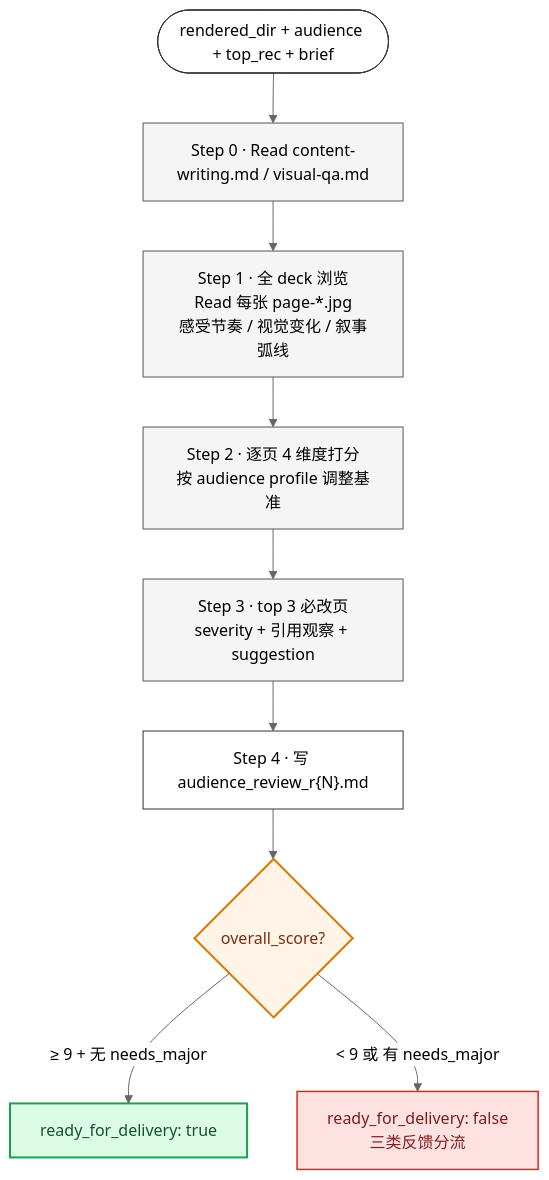
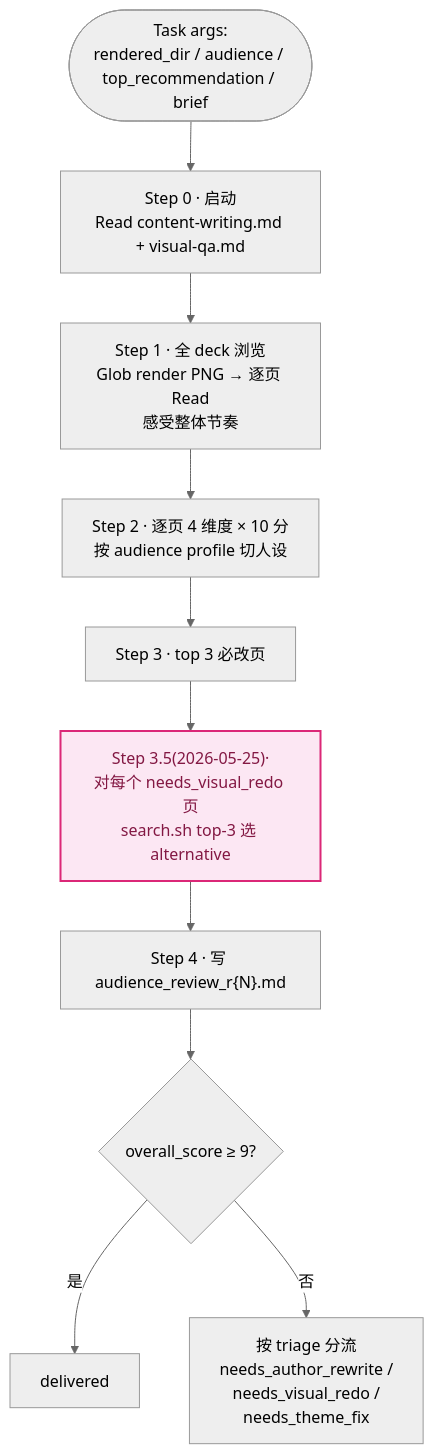
The tenth of 11 diagrams in docs/agent-internals.zh.md (rogerluo2016ROL/iLovePPT), drawn with Mermaid (neutral theme) before and after one commit. The commit also changed other lines of this file, not shown here.

First line of the commit message:
docs(agent-internals): rewrite by capability axis (v2) + all flowcharts to mermaid

````diff
--- a/docs/agent-internals.zh.md
+++ b/docs/agent-internals.zh.md
@@ -346,24 +938,16 @@
 ```mermaid
 flowchart TB
-    I([rendered_dir + audience + top_rec + brief]) --> S0
-    S0["Step 0 · Read content-writing.md / visual-qa.md"] --> S1
-    S1["Step 1 · 全 deck 浏览<br/>Read 每张 page-*.jpg<br/>感受节奏 / 视觉变化 / 叙事弧线"] --> S2
-    S2["Step 2 · 逐页 4 维度打分<br/>按 audience profile 调整基准"] --> S3
-    S3["Step 3 · top 3 必改页<br/>severity + 引用观察 + suggestion"] --> S4
-    S4["Step 4 · 写 audience_review_r{N}.md"] --> S5
-    S5{overall_score?}
-    S5 -->|≥ 9 + 无 needs_major| RD["ready_for_delivery: true"]
-    S5 -->|< 9 或 有 needs_major| NR["ready_for_delivery: false<br/>三类反馈分流"]
+    I([Task args:<br/>rendered_dir / audience / top_recommendation / brief]) --> S0
+    S0["Step 0 · 启动<br/>Read content-writing.md + visual-qa.md"] --> S1
+    S1["Step 1 · 全 deck 浏览<br/>Glob render PNG → 逐页 Read<br/>感受整体节奏"]
+    S1 --> S2["Step 2 · 逐页 4 维度 × 10 分<br/>按 audience profile 切人设"]
+    S2 --> S3["Step 3 · top 3 必改页"]
+    S3 --> S35["Step 3.5(2026-05-25)·<br/>对每个 needs_visual_redo 页<br/>search.sh top-3 选 alternative"]
+    S35 --> S4["Step 4 · 写 audience_review_r{N}.md"]
+    S4 --> S5{overall_score ≥ 9?}
+    S5 -->|是| D["delivered"]
+    S5 -->|否| T["按 triage 分流<br/>needs_author_rewrite /<br/>needs_visual_redo /<br/>needs_theme_fix"]
 
-    classDef io fill:#FFF,stroke:#333
-    classDef step fill:#F5F5F5,stroke:#555
-    classDef gate fill:#FFF4E6,stroke:#D97706,stroke-width:2px,color:#7C2D12
-    classDef pass fill:#DCFCE7,stroke:#16A34A,stroke-width:2px,color:#14532D
-    classDef fail fill:#FEE2E2,stroke:#DC2626,stroke-width:1.5px,color:#7F1D1D
-
-    class I,S4 io
-    class S0,S1,S2,S3 step
-    class S5 gate
-    class RD pass
-    class NR fail
+    classDef rag fill:#FCE7F3,stroke:#DB2777,stroke-width:2px,color:#831843
+    class S35 rag
 ```
````
